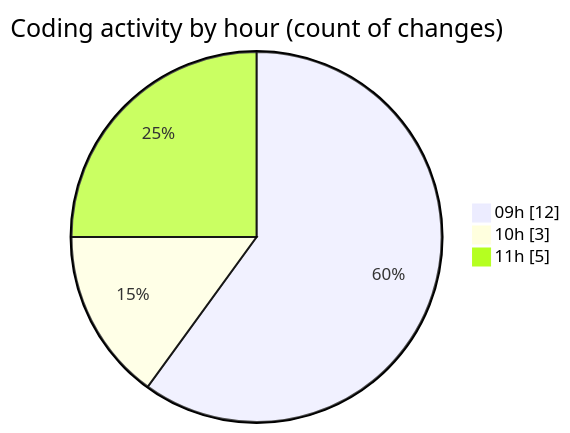
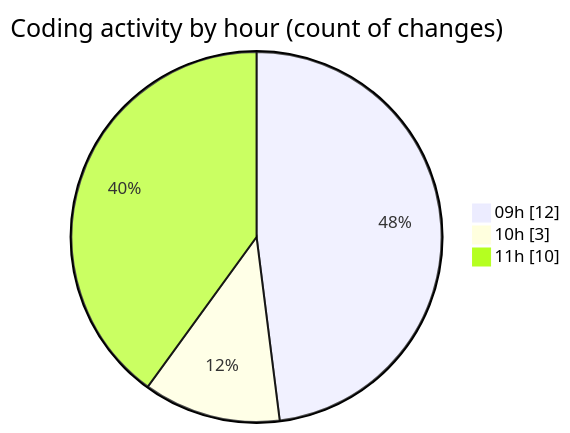
Before and after one commit to MatusMokan/code-tracking: the second of 2 diagrams in 2025-03-08/myws__workspace_/README.md, drawn with Mermaid. The commit also changed other lines of this file and 1 other file, not shown here.

````diff
--- a/2025-03-08/myws__workspace_/README.md
+++ b/2025-03-08/myws__workspace_/README.md
@@ -28,7 +28,7 @@
 ```mermaid
 pie showData
 title Coding activity by hour (count of changes)
 "09h" : 12
 "10h" : 3
-"11h" : 5
+"11h" : 10
 ```
````
